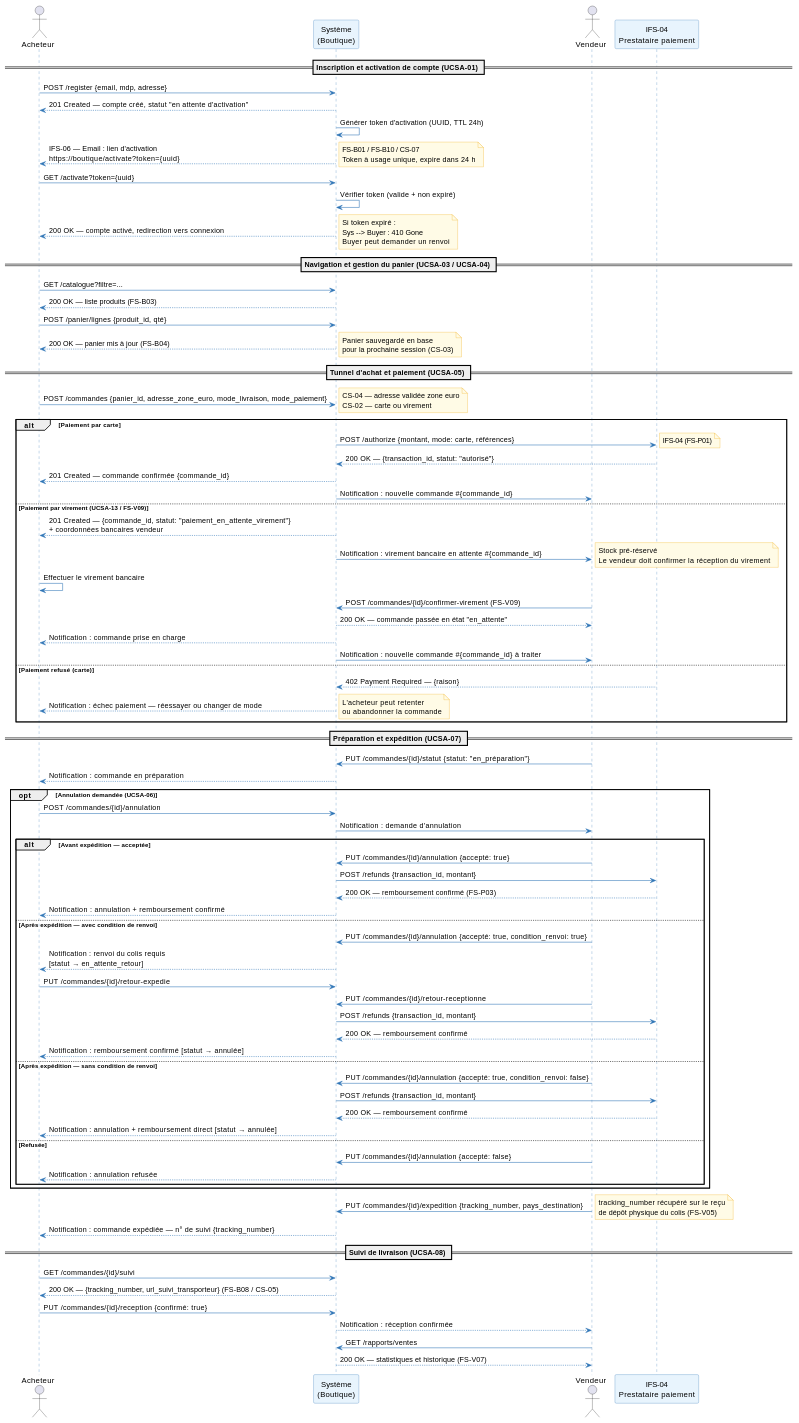
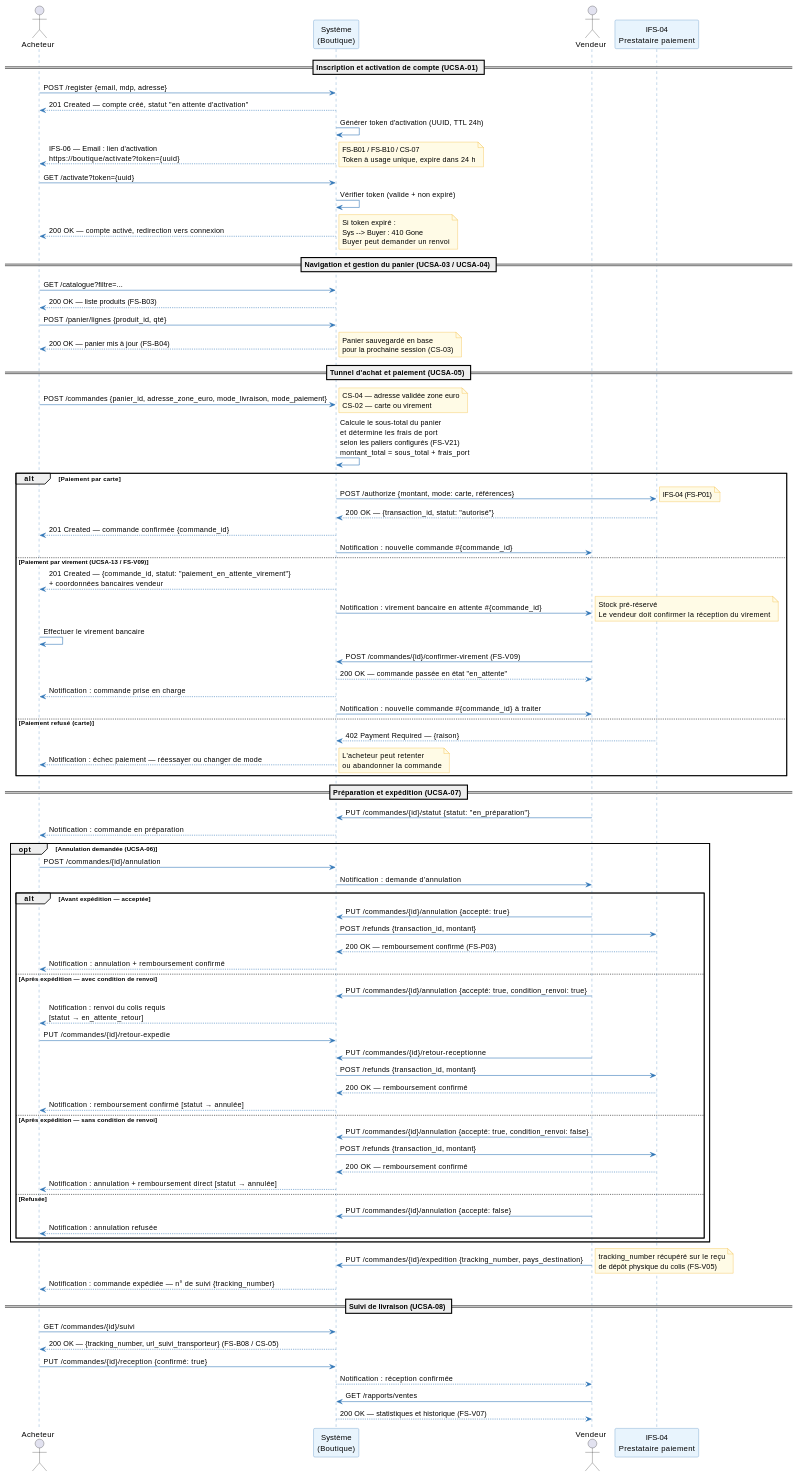
One commit to louistalvande/online_shop changed the fifth of 6 diagrams in architecture/02-system-analysis/sa.adoc. Above: the diagram before and after it, drawn with PlantUML. The commit also changed other lines of this file and 4 other files, not shown here.

Commit message:
architecture: progressive shipping fee tiers (FS-V21 / US-LIV-01, US-LIV-02)

```diff
--- a/architecture/02-system-analysis/sa.adoc
+++ b/architecture/02-system-analysis/sa.adoc
@@ -1409,6 +1448,7 @@
 == Tunnel d'achat et paiement (UCSA-05) ==
 Buyer -> Sys : POST /commandes {panier_id, adresse_zone_euro, mode_livraison, mode_paiement}
 note right : CS-04 — adresse validée zone euro\nCS-02 — carte ou virement
+Sys -> Sys : Calcule le sous-total du panier\net détermine les frais de port\nselon les paliers configurés (FS-V21)\nmontant_total = sous_total + frais_port
 
 alt Paiement par carte
   Sys -> Payment : POST /authorize {montant, mode: carte, références}
```
